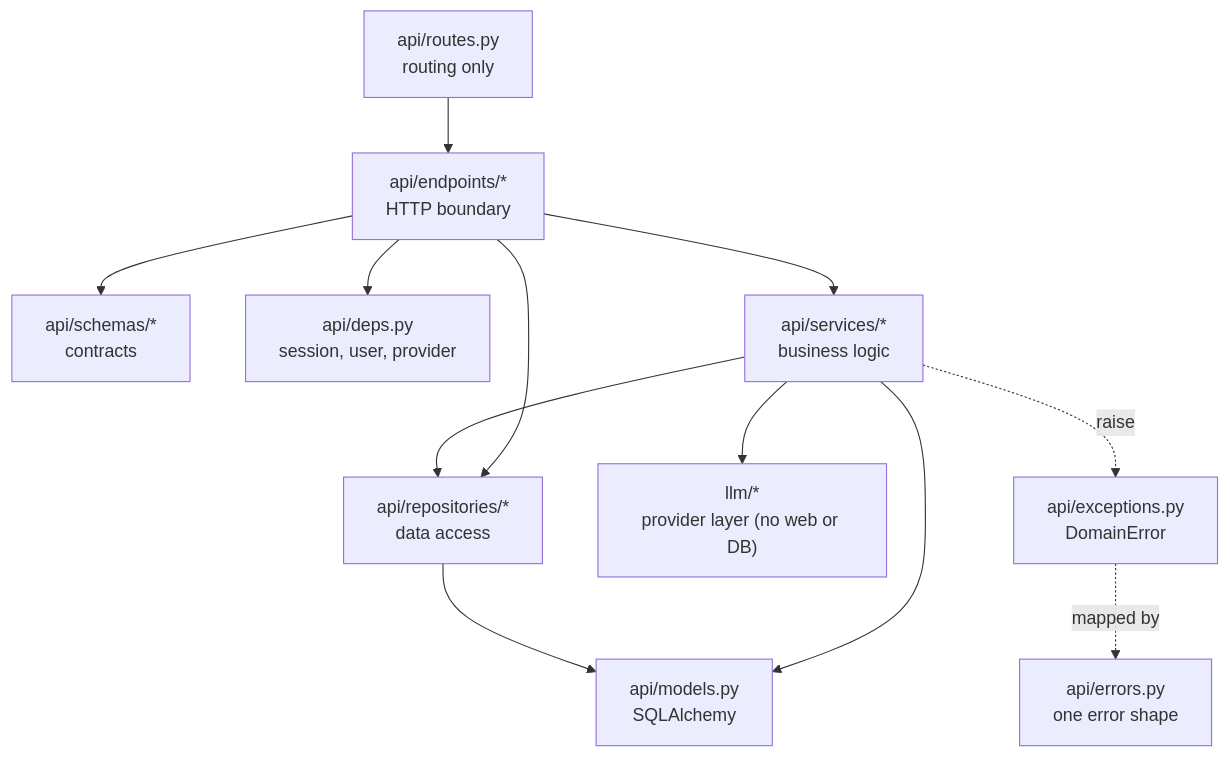
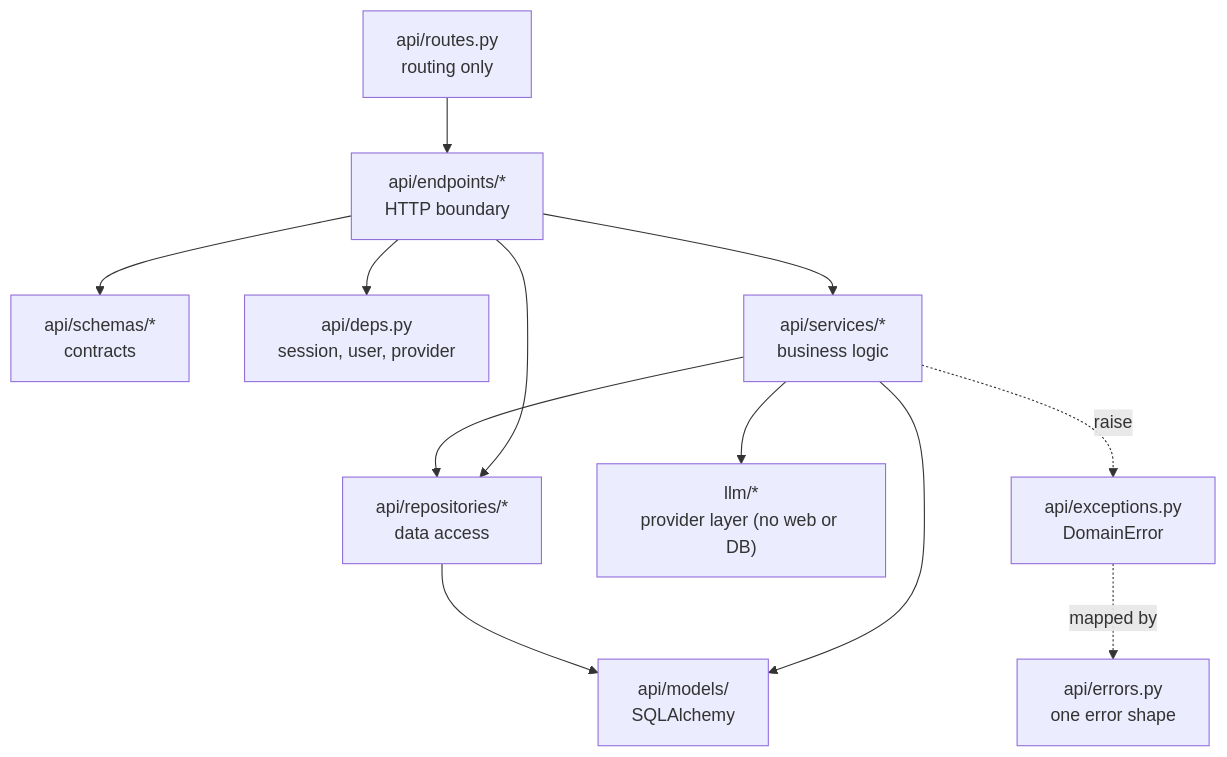
Before and after one commit to Fezzaioussama/AIMIx: the second of 10 diagrams in docs/architecture.md, drawn with Mermaid. The commit also changed 23 other files, not shown here.

````diff
--- a/docs/architecture.md
+++ b/docs/architecture.md
@@ -22,14 +22,14 @@
 ```mermaid
 graph TD
     routes["api/routes.py<br/>routing only"] --> endpoints
     endpoints["api/endpoints/*<br/>HTTP boundary"] --> schemas["api/schemas/*<br/>contracts"]
     endpoints --> deps["api/deps.py<br/>session, user, provider"]
     endpoints --> services["api/services/*<br/>business logic"]
     endpoints --> repositories["api/repositories/*<br/>data access"]
     services --> repositories
-    services --> models["api/models.py<br/>SQLAlchemy"]
+    services --> models["api/models/<br/>SQLAlchemy"]
     repositories --> models
     services --> llm["llm/*<br/>provider layer (no web or DB)"]
     services -. raise .-> exceptions["api/exceptions.py<br/>DomainError"]
     exceptions -. mapped by .-> errors["api/errors.py<br/>one error shape"]
 ```
````
